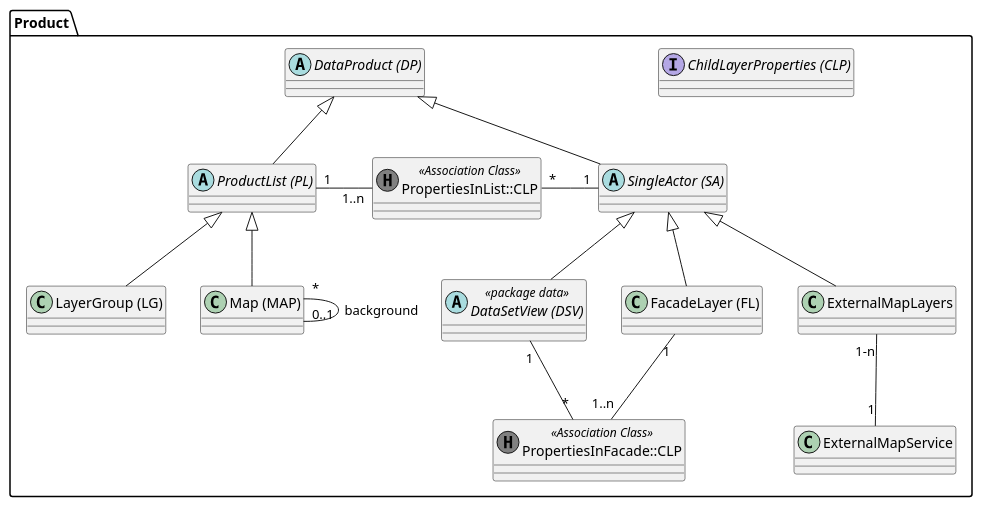
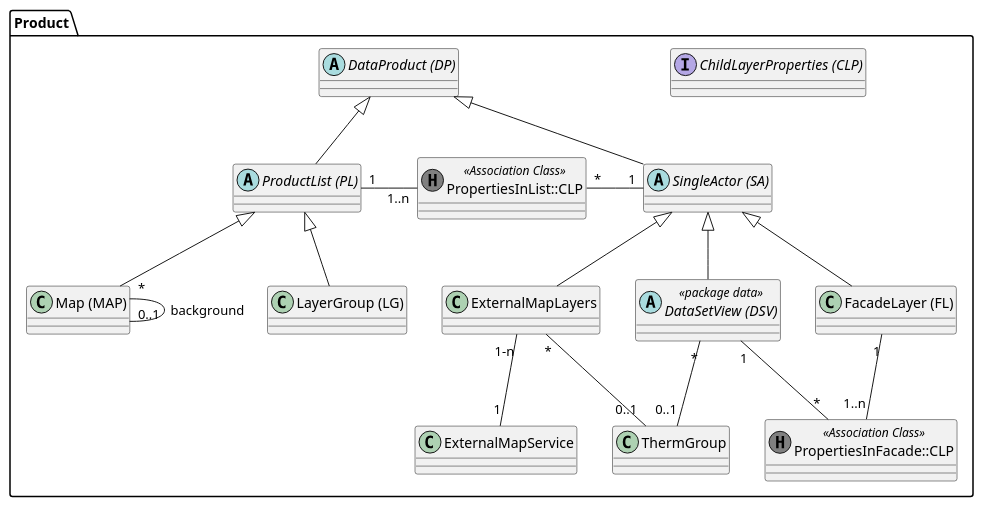
One commit to sogis/simi changed the diagram in modeldoc/resources/product/product.puml. Above: the diagram before and after it, drawn with PlantUML. The commit also changed 8 other files, not shown here.

```diff
--- a/modeldoc/resources/product/product.puml
+++ b/modeldoc/resources/product/product.puml
@@ -1,40 +1,45 @@
 @startuml
 package Product {
   interface "ChildLayerProperties (CLP)" as clp
   abstract class "DataProduct (DP)" as dp
 
   abstract class "ProductList (PL)" as pl
   class "LayerGroup (LG)" as lg
   class "Map (MAP)" as map
 
   abstract class "SingleActor (SA)" as sa
   class "FacadeLayer (FL)" as fl
   abstract class "DataSetView (DSV)" as dsv << package data >>
   class "ExternalMapLayers" as el
   class "ExternalMapService" as es
 
   class "PropertiesInFacade::CLP" as pif << (H, grey) Association Class >>
   class "PropertiesInList::CLP" as pil << (H, grey) Association Class >>
+  
+  class "ThermGroup" as tg
 
   dp <|-- pl
 
   pl <|-- lg
   pl <|-- map
 
   dp <|-- sa
 
   sa <|-- dsv
   sa <|-- fl
   sa <|-- el
 
   pl "1" -right- "1..n" pil : "      "
   pil "*" -right- "1" sa : "      "
 
   map "*" -- "0..1" map : "background"
 
   fl "1" -- "1..n" pif : "      "
   pif "*" -up- "1" dsv : "      "
 
   el "1-n" -- "1" es
+  
+  dsv "*" -- "0..1" tg
+  el "*" -- "0..1" tg
 }
 @enduml
```
